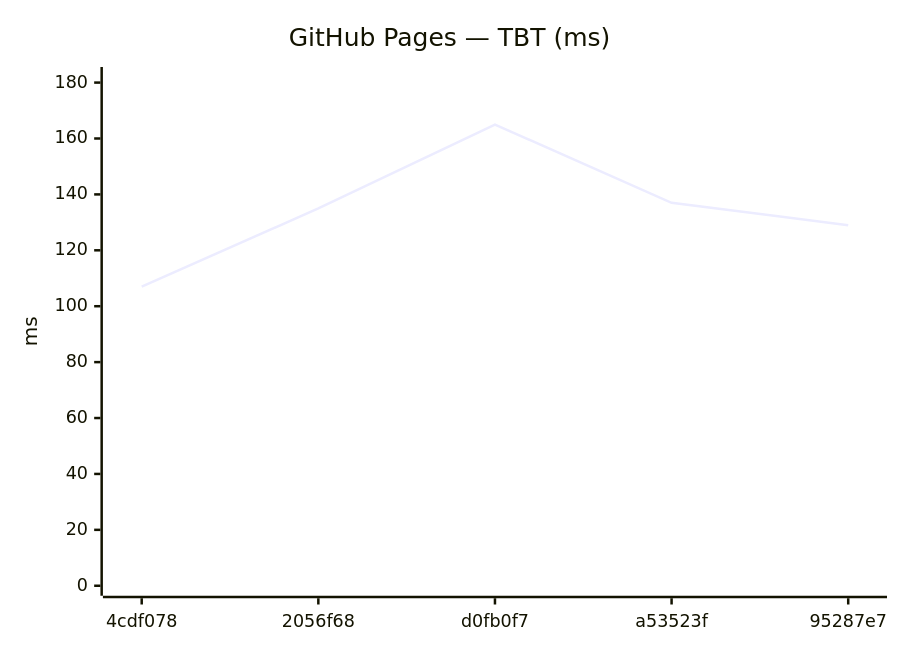
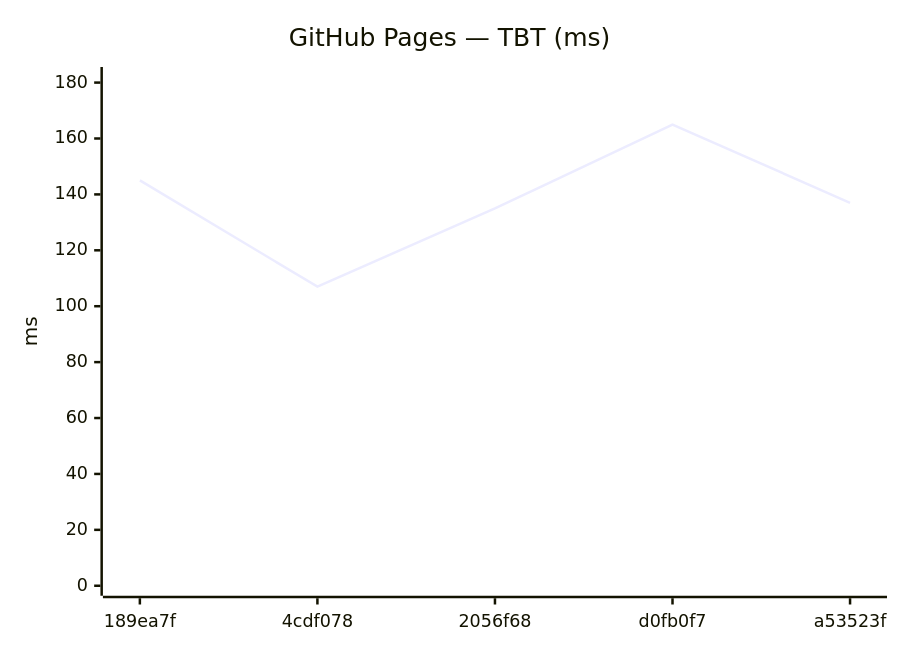
Before and after one commit to Metaheurist/Rianell: the tenth of 18 diagrams in benchmarks/compare.md, drawn with Mermaid. The commit also changed other lines of this file and 11 other files, not shown here.

````diff
--- a/benchmarks/compare.md
+++ b/benchmarks/compare.md
@@ -149,7 +149,7 @@
 ```mermaid
 xychart-beta
     title "GitHub Pages — TBT (ms)"
-    x-axis ["4cdf078", "2056f68", "d0fb0f7", "a53523f", "95287e7"]
+    x-axis ["189ea7f", "4cdf078", "2056f68", "d0fb0f7", "a53523f"]
     y-axis "ms" 0 --> 182
-    line [107, 135, 165, 137, 129]
+    line [145, 107, 135, 165, 137]
 ```
````
